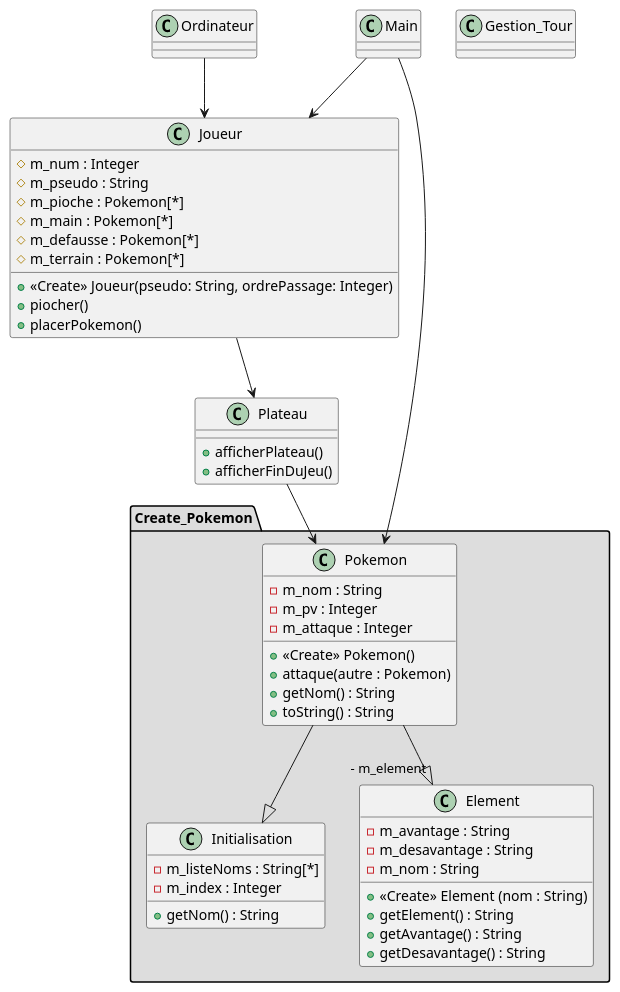
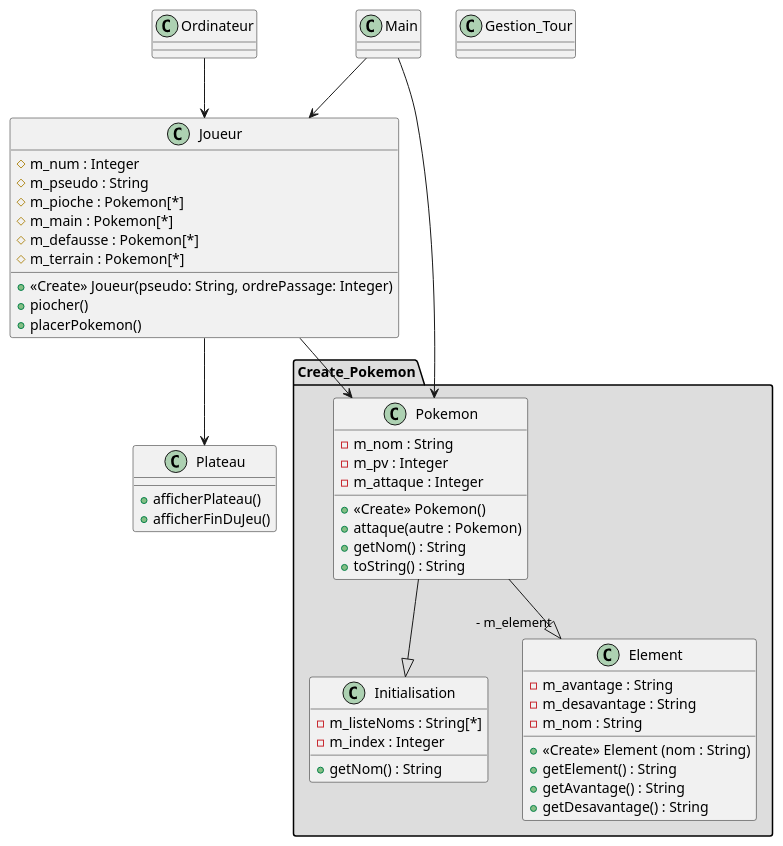
The diagram in uml/semaine1.puml (Wa-Melissa/Pookemon), drawn with PlantUML before and after one commit. The commit also changed 6 other files, not shown here.

```diff
--- a/uml/semaine1.puml
+++ b/uml/semaine1.puml
@@ -1,85 +1,86 @@
 @startuml
 
 class Main
 {
 
 }
 
 class Ordinateur
 {
 
 }
 
 class Joueur
 {
 # m_num : Integer
 # m_pseudo : String
 # m_pioche : Pokemon[*]
 # m_main : Pokemon[*]
 # m_defausse : Pokemon[*]
 # m_terrain : Pokemon[*]
 + <<Create>> Joueur(pseudo: String, ordrePassage: Integer)
 + piocher()
 + placerPokemon()
 
 }
 
 
 
 
 class Plateau
 {
 + afficherPlateau()
 +afficherFinDuJeu()
 }
 
 class Gestion_Tour
 {
 
 }
 
 package "Create_Pokemon" #DDDDDD {
 
 class Pokemon
 {
 - m_nom : String
 - m_pv : Integer
 - m_attaque : Integer
 + <<Create>> Pokemon()
 + attaque(autre : Pokemon)
 + getNom() : String
 + toString() : String
 }
 
 
 
 class Initialisation
 {
 - m_listeNoms : String[*]
 - m_index : Integer
 + getNom() : String
 }
 
 class Element
 {
 - m_avantage : String
 - m_desavantage : String
 - m_nom : String
 + <<Create>> Element (nom : String)
 + getElement() : String
 + getAvantage() : String
 + getDesavantage() : String
 }
 
 }
 
-Plateau --> Pokemon
+
+Joueur --> Pokemon
 Pokemon --|> "- m_element" Element
 Ordinateur --> Joueur
 Joueur --> Plateau
 Main --> Pokemon
 Main --> Joueur
 Pokemon --|> Initialisation
 
 
 @enduml
```
